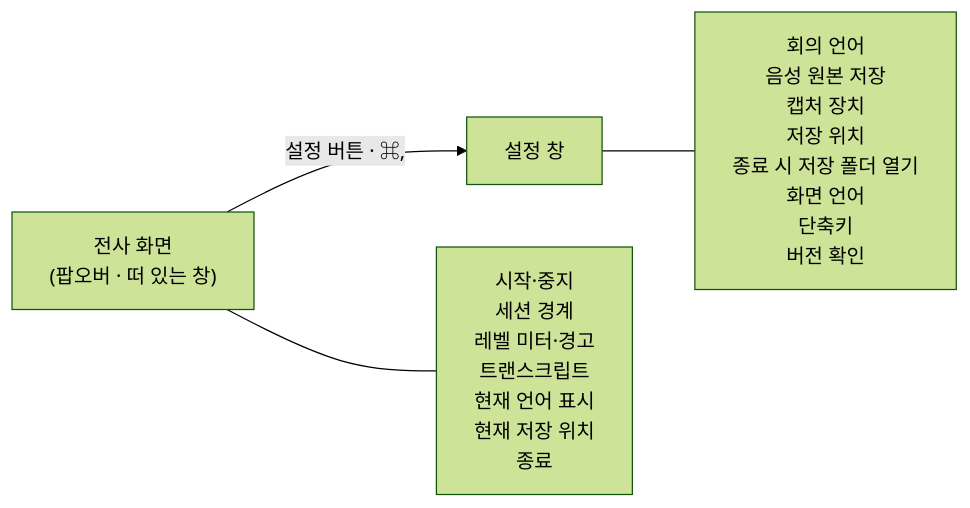
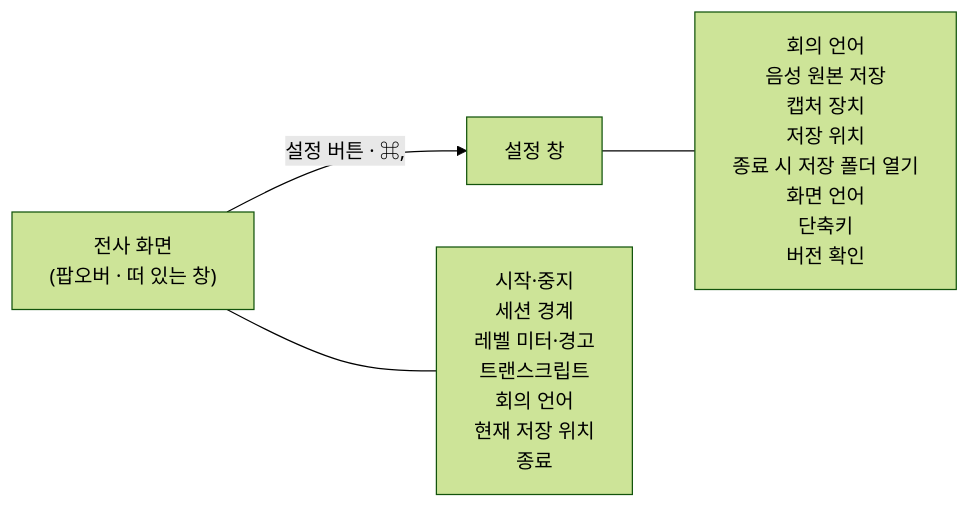
Before and after one commit to haandol/scribird: the diagram in docs/adr/session/0003-settings-surface-separation.md, drawn with Mermaid (forest theme). The commit also changed other lines of this file and 15 other files, not shown here.

````diff
--- a/docs/adr/session/0003-settings-surface-separation.md
+++ b/docs/adr/session/0003-settings-surface-separation.md
@@ -116,9 +121,9 @@
 ```mermaid
 flowchart LR
     T["전사 화면<br/>(팝오버 · 떠 있는 창)"]
     S["설정 창"]
 
     T -->|"설정 버튼 · ⌘,"| S
-    T --- TC["시작·중지<br/>세션 경계<br/>레벨 미터·경고<br/>트랜스크립트<br/>현재 언어 표시<br/>현재 저장 위치<br/>종료"]
+    T --- TC["시작·중지<br/>세션 경계<br/>레벨 미터·경고<br/>트랜스크립트<br/>회의 언어<br/>현재 저장 위치<br/>종료"]
     S --- SC["회의 언어<br/>음성 원본 저장<br/>캡처 장치<br/>저장 위치<br/>종료 시 저장 폴더 열기<br/>화면 언어<br/>단축키<br/>버전 확인"]
 ```
````
